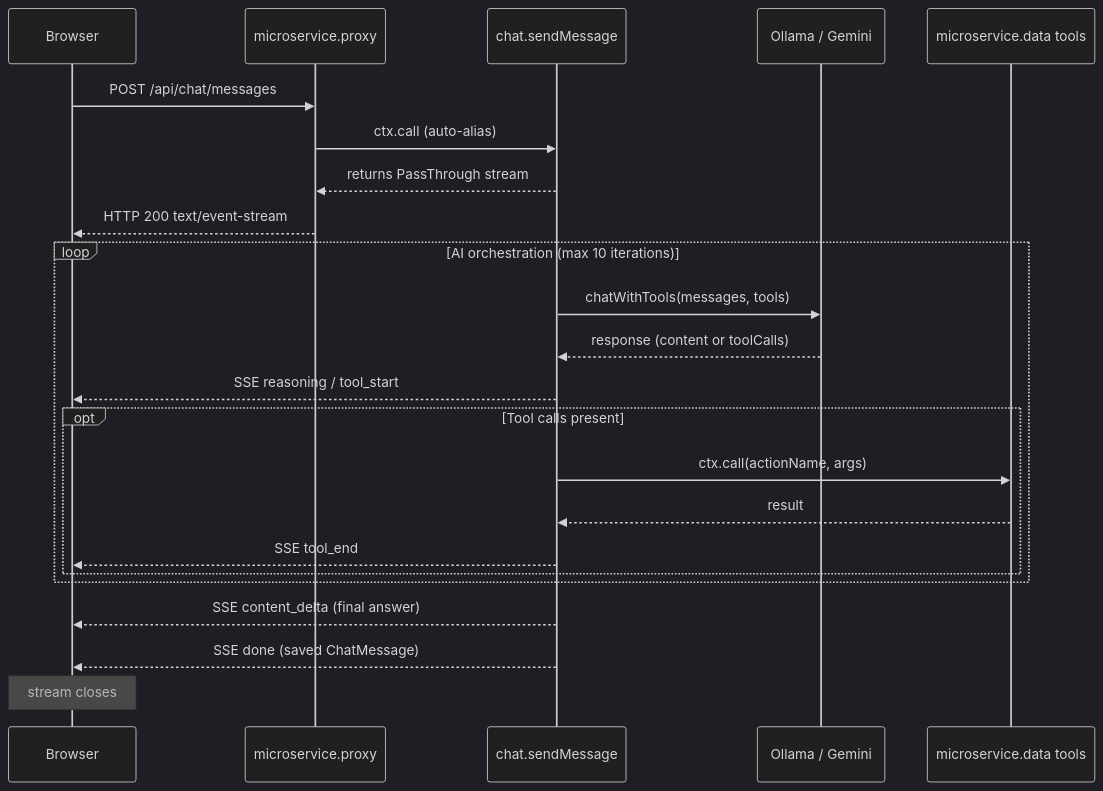
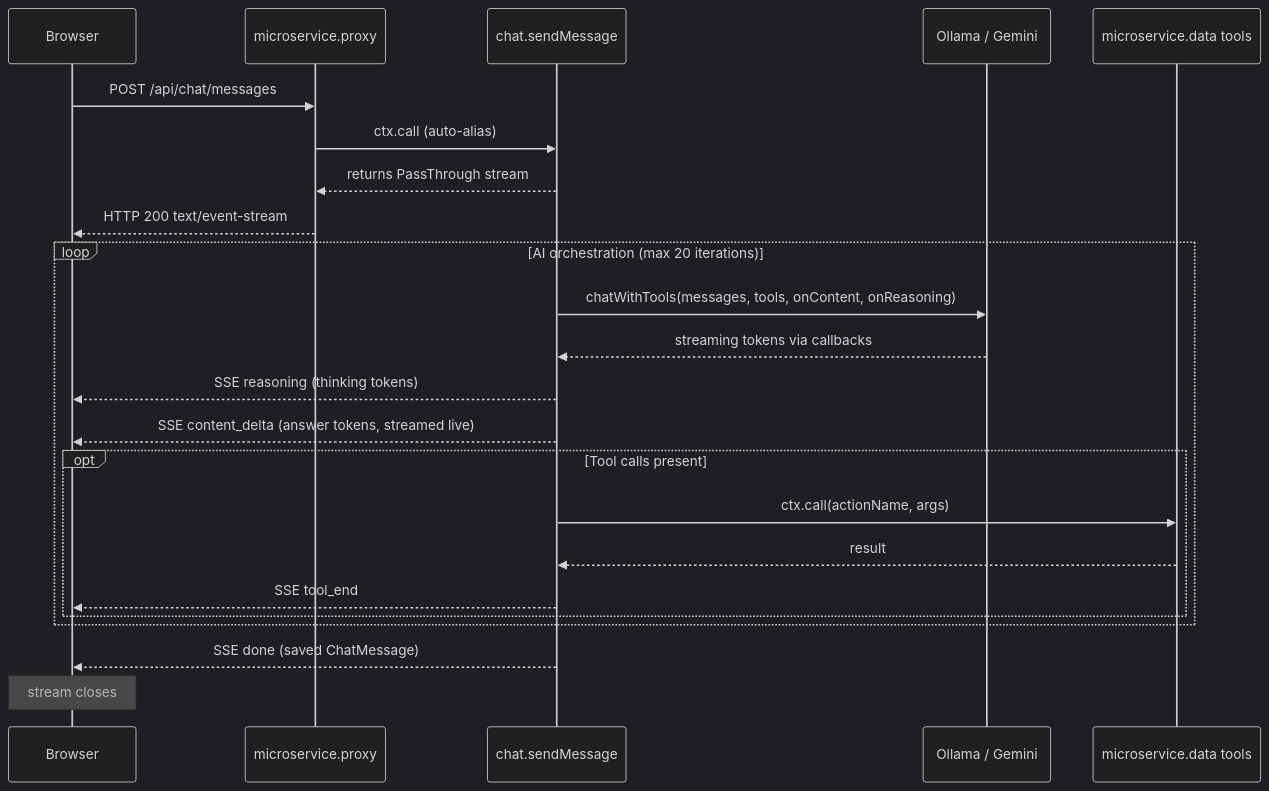
One commit to hinora/data-analysis changed the diagram in docs/domain-knowledge/chat-streaming.md. Above: the diagram before and after it, drawn with Mermaid (dark theme). The commit also changed other lines of this file and 5 other files, not shown here.

Commit message:
feat: enhance streaming capabilities by adding content token streaming and updating documentation

````diff
--- a/docs/domain-knowledge/chat-streaming.md
+++ b/docs/domain-knowledge/chat-streaming.md
@@ -14,28 +15,28 @@
 ```mermaid
 sequenceDiagram
     participant Browser
     participant Gateway as microservice.proxy
     participant Chat as chat.sendMessage
     participant AI as Ollama / Gemini
     participant Tools as microservice.data tools
 
     Browser->>Gateway: POST /api/chat/messages
     Gateway->>Chat: ctx.call (auto-alias)
     Chat-->>Gateway: returns PassThrough stream
     Gateway-->>Browser: HTTP 200 text/event-stream
 
-    loop AI orchestration (max 10 iterations)
-        Chat->>AI: chatWithTools(messages, tools)
-        AI-->>Chat: response (content or toolCalls)
-        Chat-->>Browser: SSE reasoning / tool_start
+    loop AI orchestration (max 20 iterations)
+        Chat->>AI: chatWithTools(messages, tools, onContent, onReasoning)
+        AI-->>Chat: streaming tokens via callbacks
+        Chat-->>Browser: SSE reasoning (thinking tokens)
+        Chat-->>Browser: SSE content_delta (answer tokens, streamed live)
         opt Tool calls present
             Chat->>Tools: ctx.call(actionName, args)
             Tools-->>Chat: result
             Chat-->>Browser: SSE tool_end
         end
     end
 
-    Chat-->>Browser: SSE content_delta (final answer)
     Chat-->>Browser: SSE done (saved ChatMessage)
     Note over Browser: stream closes
 ```
````
